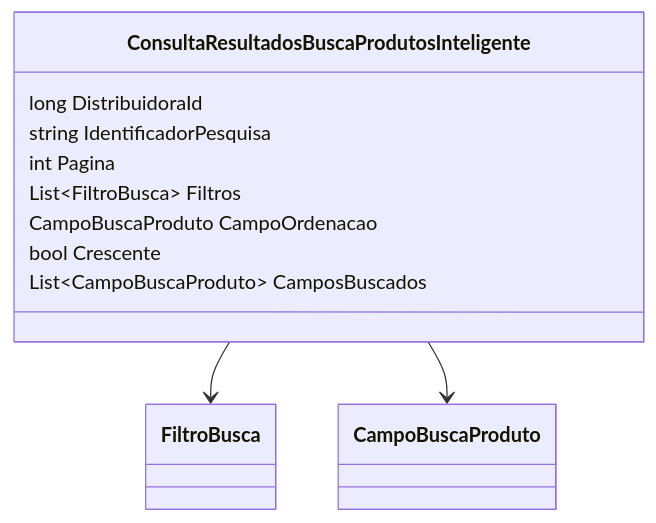
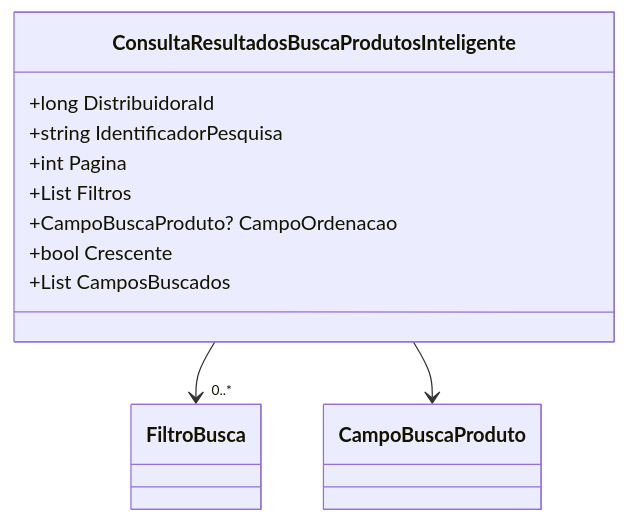
Before and after one commit to IsthmusSistemas/documentacao-tecnica: the diagram in docs/b2b-dominio/IsthmusWinthor.Nucleo/IsthmusWinthor.Dominio/POCO/PesquisaProdutos/ConsultaResultadosBuscaProdutosInteligente.md, drawn with Mermaid. The commit also changed other lines of this file and 882 other files, not shown here.

````diff
--- a/docs/b2b-dominio/IsthmusWinthor.Nucleo/IsthmusWinthor.Dominio/POCO/PesquisaProdutos/ConsultaResultadosBuscaProdutosInteligente.md
+++ b/docs/b2b-dominio/IsthmusWinthor.Nucleo/IsthmusWinthor.Dominio/POCO/PesquisaProdutos/ConsultaResultadosBuscaProdutosInteligente.md
@@ -27,19 +36,17 @@
 ```mermaid
 classDiagram
     class ConsultaResultadosBuscaProdutosInteligente {
-        long DistribuidoraId
-        string IdentificadorPesquisa
-        int Pagina
-        List~FiltroBusca~ Filtros
-        CampoBuscaProduto CampoOrdenacao
-        bool Crescente
-        List~CampoBuscaProduto~ CamposBuscados
+        +long DistribuidoraId
+        +string IdentificadorPesquisa
+        +int Pagina
+        +List<FiltroBusca> Filtros
+        +CampoBuscaProduto? CampoOrdenacao
+        +bool Crescente
+        +List<CampoBuscaProduto> CamposBuscados
     }
-    class FiltroBusca {
-    }
-    class CampoBuscaProduto {
-    }
+    class FiltroBusca
+    class CampoBuscaProduto
     
-    ConsultaResultadosBuscaProdutosInteligente --> FiltroBusca
+    ConsultaResultadosBuscaProdutosInteligente --> "0..*" FiltroBusca
     ConsultaResultadosBuscaProdutosInteligente --> CampoBuscaProduto
 ```
````
